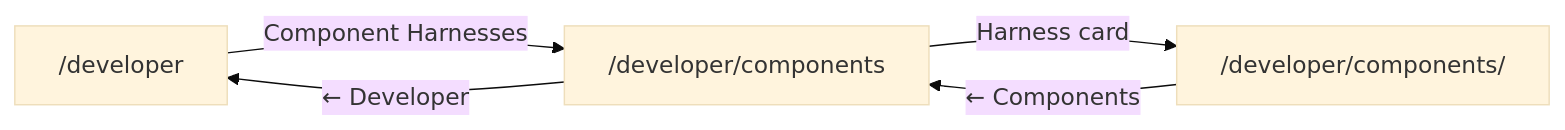
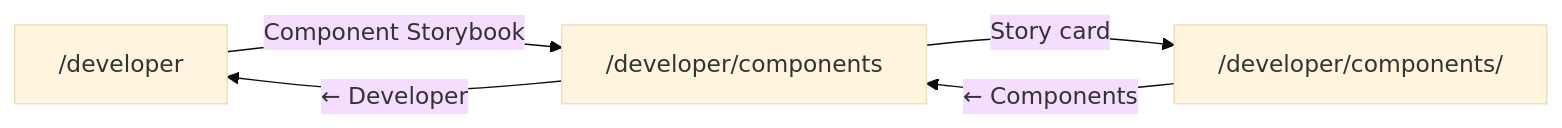
One commit to conradkoh/next-convex-starter-app changed the diagram in memory/architecture/developer-page-conventions.md. Above: the diagram before and after it, drawn with Mermaid (base theme). The commit also changed other lines of this file and 2 other files, not shown here.

Commit message:
docs(developer): update storybook terminology

````diff
--- a/memory/architecture/developer-page-conventions.md
+++ b/memory/architecture/developer-page-conventions.md
@@ -23,7 +23,7 @@
 ```mermaid
 flowchart LR
-    A["/developer"] -->|Component Harnesses| B["/developer/components"]
-    B -->|Harness card| C["/developer/components/<slug>"]
+    A["/developer"] -->|Component Storybook| B["/developer/components"]
+    B -->|Story card| C["/developer/components/<slug>"]
     B -->|← Developer| A
     C -->|← Components| B
 ```
````
